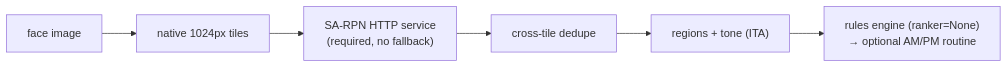
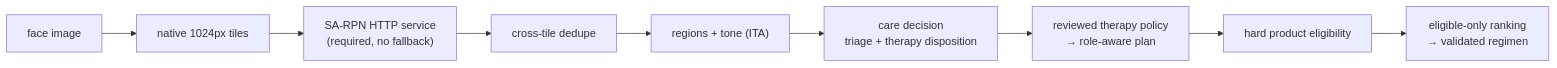
One commit to Kumario1/skinscan changed the diagram in README.md. Above: the diagram before and after it, drawn with Mermaid. The commit also changed other lines of this file and 44 other files, not shown here.

````diff
--- a/README.md
+++ b/README.md
@@ -24,8 +26,11 @@
 ```mermaid
 flowchart LR
     I["face image"] --> T["native 1024px tiles"]
     T --> P["SA-RPN HTTP service<br/>(required, no fallback)"]
     P --> D["cross-tile dedupe"]
     D --> R["regions + tone (ITA)"]
-    R --> S["rules engine (ranker=None)<br/>→ optional AM/PM routine"]
+    R --> C["care decision<br/>triage + therapy disposition"]
+    C --> P2["reviewed therapy policy<br/>→ role-aware plan"]
+    P2 --> E["hard product eligibility"]
+    E --> S["eligible-only ranking<br/>→ validated regimen"]
 ```
````
